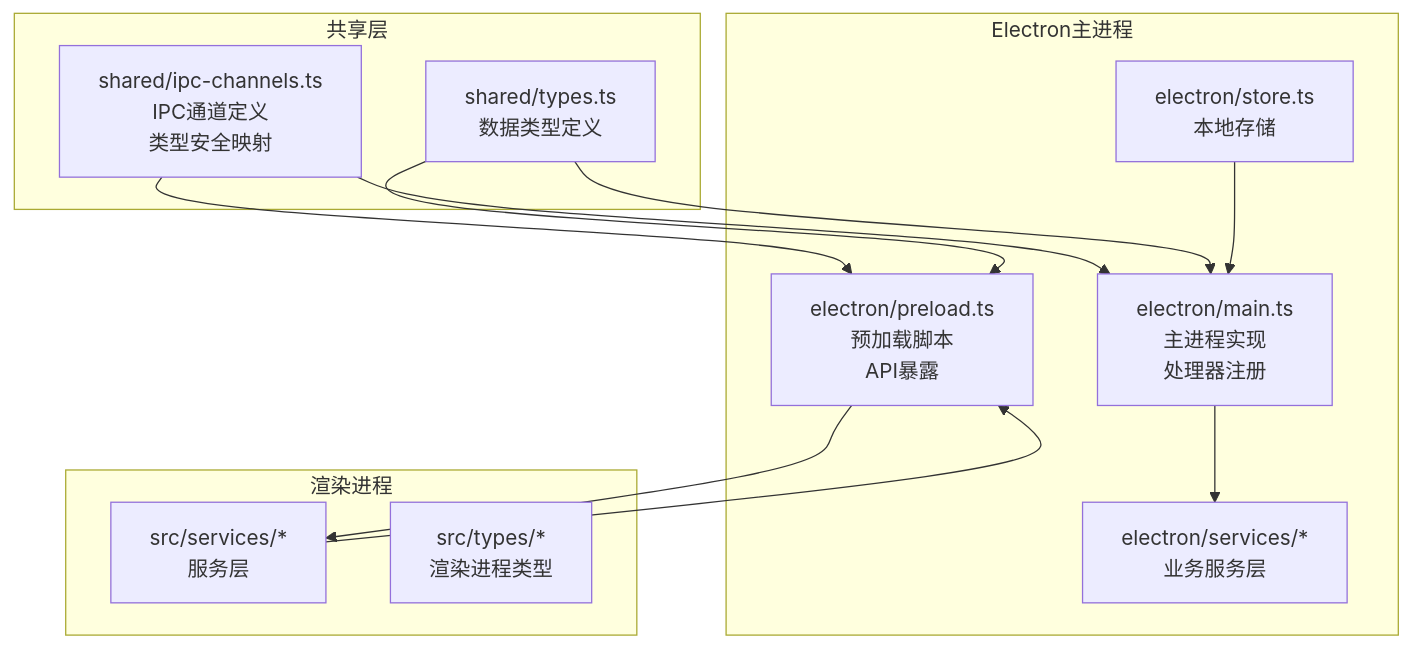
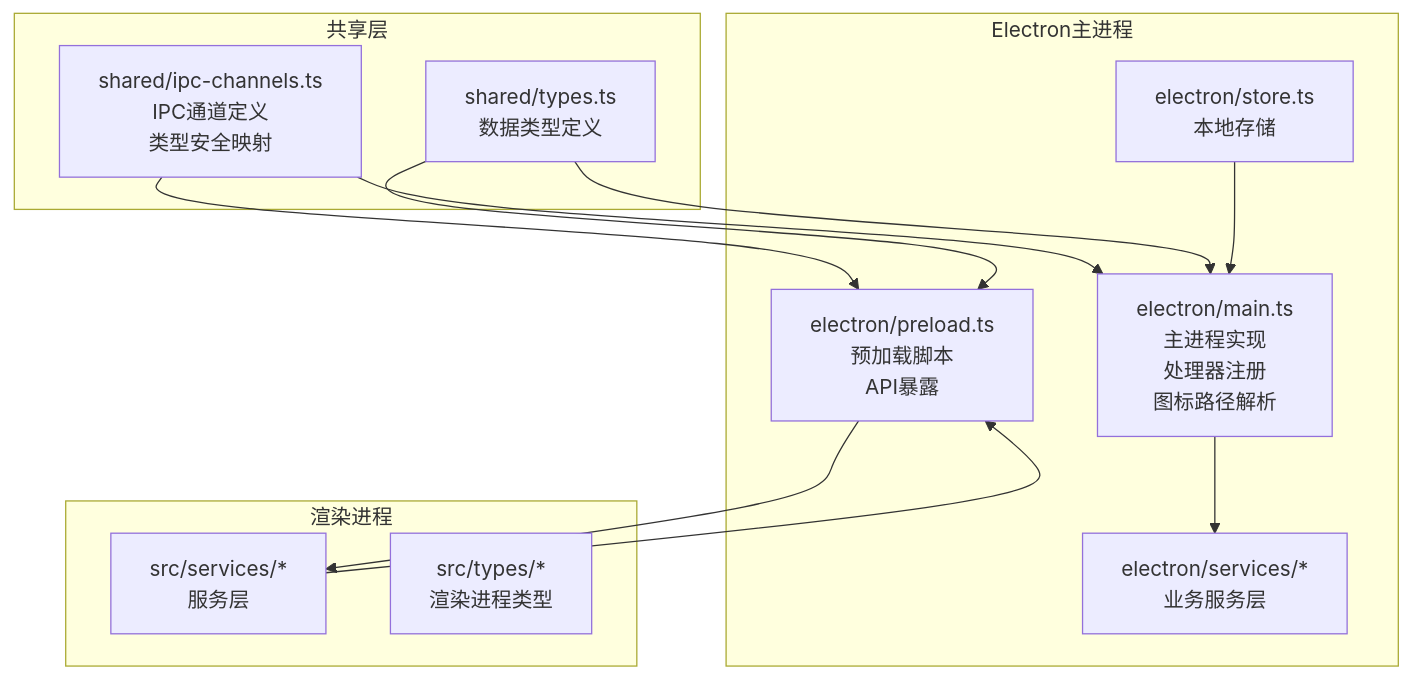
The first of 8 diagrams in .qoder/repowiki/zh/content/API参考/IPC通信API.md (Siborne/OJFlow), drawn with Mermaid before and after one commit. The commit also changed other lines of this file and 77 other files, not shown here.

First line of the commit message:
feat(ipc): 增强IPC类型安全与图标路径解析功能

````diff
--- a/.qoder/repowiki/zh/content/API参考/IPC通信API.md
+++ b/.qoder/repowiki/zh/content/API参考/IPC通信API.md
@@ -47,25 +47,25 @@
 ```mermaid
 graph TB
 subgraph "共享层"
 IPC["shared/ipc-channels.ts<br/>IPC通道定义<br/>类型安全映射"]
 TYPES["shared/types.ts<br/>数据类型定义"]
 end
 subgraph "Electron主进程"
-MAIN["electron/main.ts<br/>主进程实现<br/>处理器注册"]
+MAIN["electron/main.ts<br/>主进程实现<br/>处理器注册<br/>图标路径解析"]
 PRELOAD["electron/preload.ts<br/>预加载脚本<br/>API暴露"]
 STORE["electron/store.ts<br/>本地存储"]
 SERVICES["electron/services/*<br/>业务服务层"]
 end
 subgraph "渲染进程"
 RENDERER_SERVICES["src/services/*<br/>服务层"]
 RENDERER_TYPES["src/types/*<br/>渲染进程类型"]
 end
 IPC --> MAIN
 IPC --> PRELOAD
 TYPES --> PRELOAD
 TYPES --> MAIN
 PRELOAD --> RENDERER_SERVICES
 MAIN --> SERVICES
 STORE --> MAIN
 RENDERER_SERVICES --> PRELOAD
 ```
````
